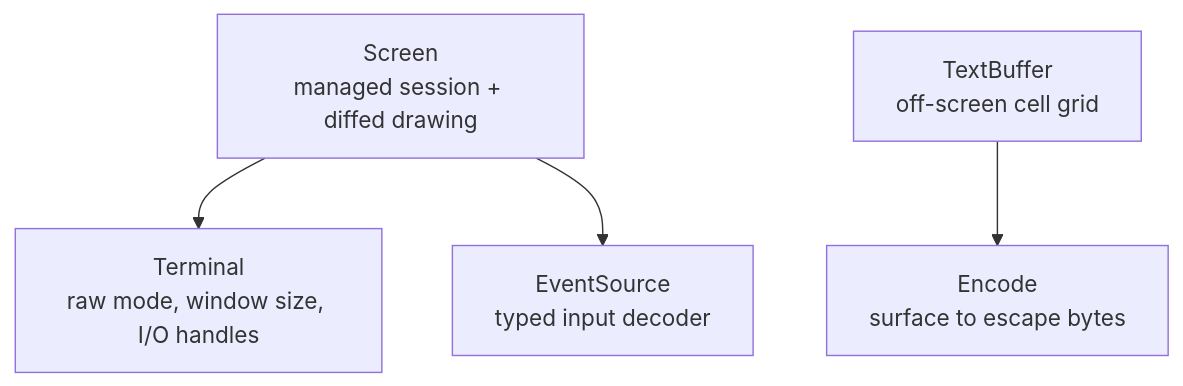
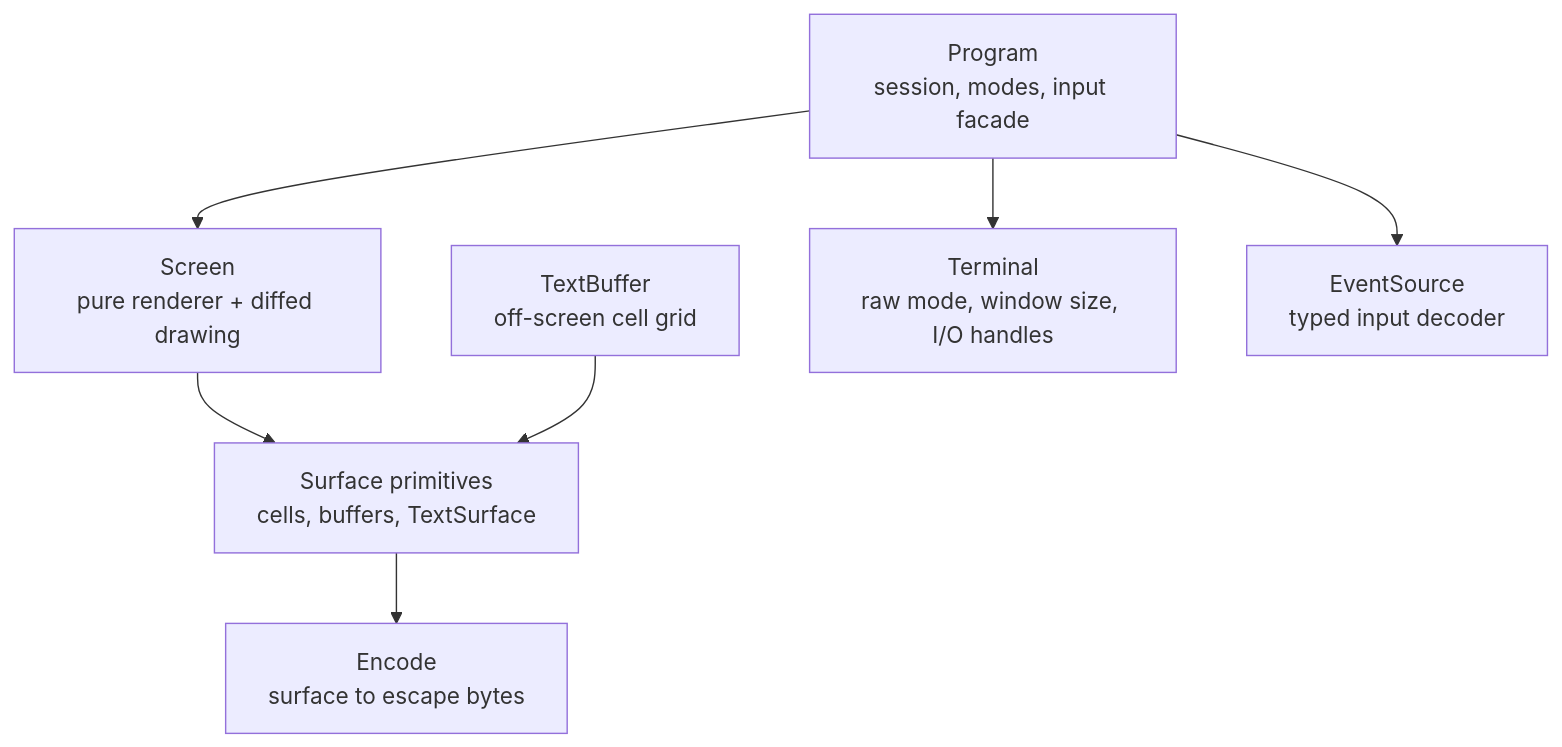
One commit to aymanbagabas/uncurses changed the diagram in website/content/docs/getting-started/the-layers.md. Above: the diagram before and after it, drawn with Mermaid. The commit also changed other lines of this file and 28 other files, not shown here.

First line of the commit message:
docs: document the Screen/Program split

````diff
--- a/website/content/docs/getting-started/the-layers.md
+++ b/website/content/docs/getting-started/the-layers.md
@@ -10,7 +10,17 @@
 ```mermaid
 flowchart TB
-  Screen["Screen<br/>managed session + diffed drawing"]
-  Screen --> Terminal["Terminal<br/>raw mode, window size, I/O handles"]
-  Screen --> EventSource["EventSource<br/>typed input decoder"]
-  TextBuffer["TextBuffer<br/>off-screen cell grid"] --> Encode["Encode<br/>surface to escape bytes"]
+  Program["Program<br/>session, modes, input facade"]
+  Screen["Screen<br/>pure renderer + diffed drawing"]
+  Surface["Surface primitives<br/>cells, buffers, TextSurface"]
+  TextBuffer["TextBuffer<br/>off-screen cell grid"]
+  Terminal["Terminal<br/>raw mode, window size, I/O handles"]
+  EventSource["EventSource<br/>typed input decoder"]
+  Encode["Encode<br/>surface to escape bytes"]
+
+  Program --> Screen
+  Program --> Terminal
+  Program --> EventSource
+  Screen --> Surface
+  TextBuffer --> Surface
+  Surface --> Encode
 ```
````
